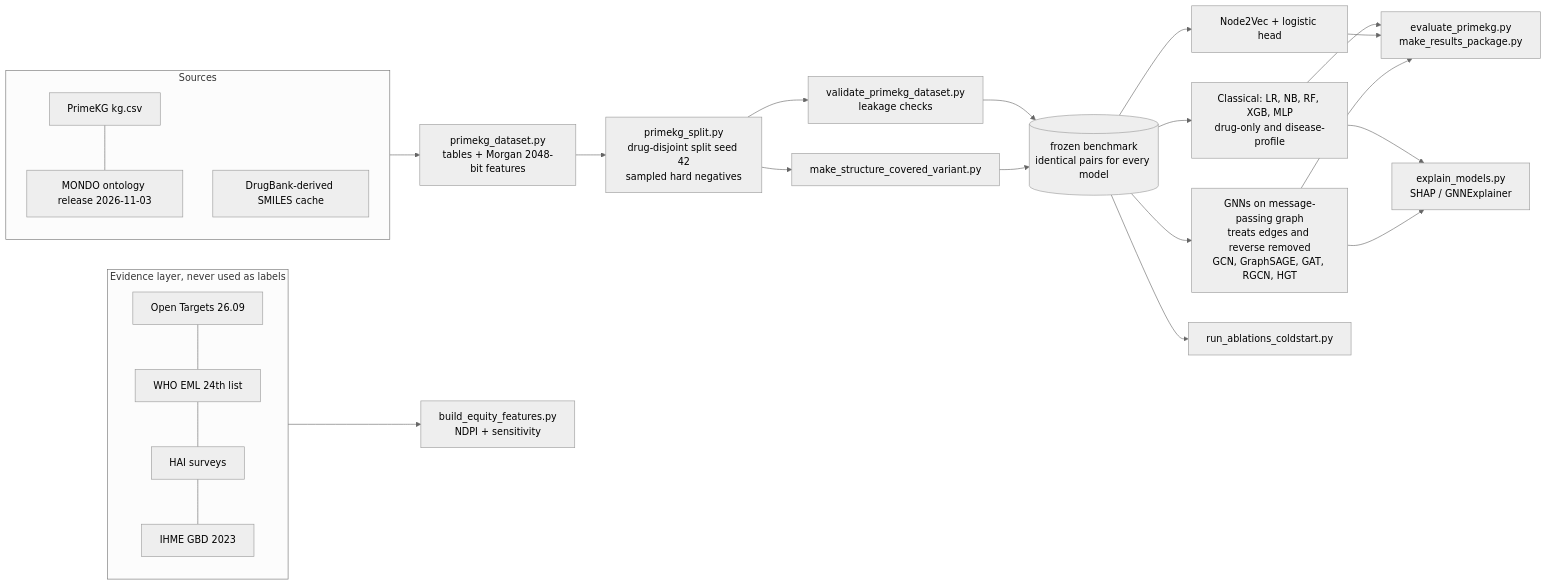
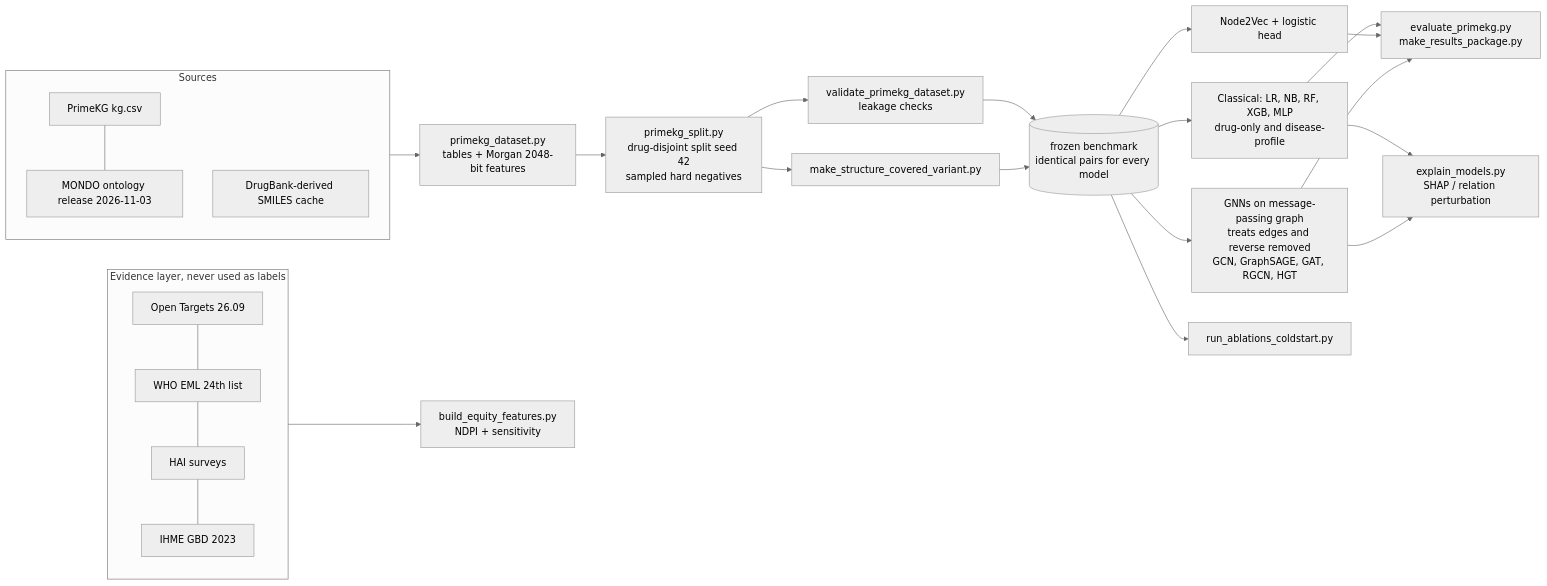
The diagram in README.md (MUKUL-PRASAD-SIGH/VectorDrugMatch), drawn with Mermaid (neutral theme) before and after one commit. The commit also changed other lines of this file and 16 other files, not shown here.

````diff
--- a/README.md
+++ b/README.md
@@ -26,23 +35,23 @@
 ```mermaid
 flowchart LR
   subgraph SRC[Sources]
     A[PrimeKG kg.csv] --- B[MONDO ontology release 2026-11-03]
     C[DrugBank-derived SMILES cache]
   end
   SRC --> D[primekg_dataset.py<br/>tables + Morgan 2048-bit features]
   D --> E[primekg_split.py<br/>drug-disjoint split seed 42<br/>sampled hard negatives]
   E --> F[validate_primekg_dataset.py<br/>leakage checks]
   E --> G[make_structure_covered_variant.py]
   F --> H[(frozen benchmark<br/>identical pairs for every model)]
   G --> H
   H --> I[Classical: LR, NB, RF, XGB, MLP<br/>drug-only and disease-profile]
   H --> J[Node2Vec + logistic head]
   H --> K[GNNs on message-passing graph<br/>treats edges and reverse removed<br/>GCN, GraphSAGE, GAT, RGCN, HGT]
   I & J & K --> L[evaluate_primekg.py<br/>make_results_package.py]
   H --> M[run_ablations_coldstart.py]
-  I & K --> N[explain_models.py<br/>SHAP / GNNExplainer]
+  I & K --> N[explain_models.py<br/>SHAP / relation perturbation]
   subgraph EVI[Evidence layer, never used as labels]
     O[Open Targets 26.09] --- P[WHO EML 24th list] --- Q[HAI surveys] --- R[IHME GBD 2023]
   end
   EVI --> S[build_equity_features.py<br/>NDPI + sensitivity]
 ```
````
